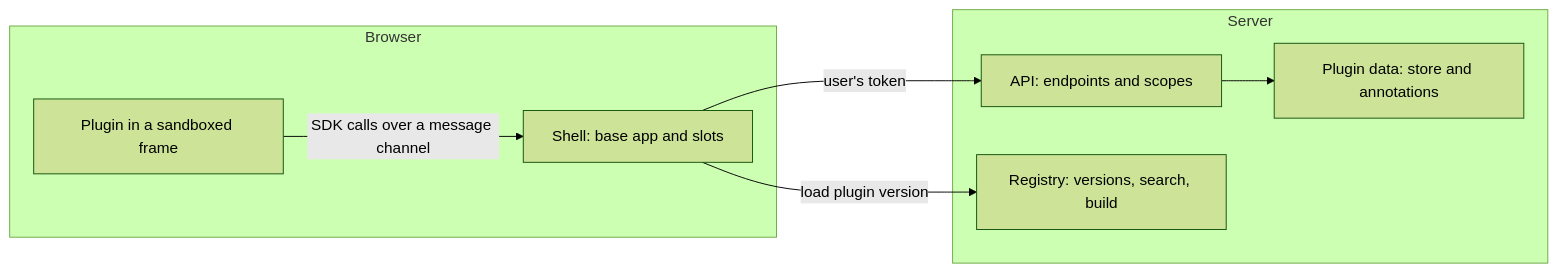
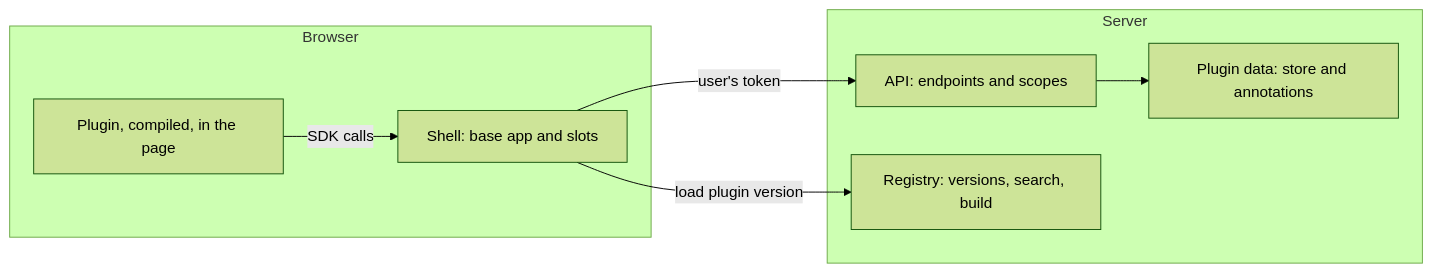
Before and after one commit to mcwhittemore/thixo: the diagram in readme.md, drawn with Mermaid (forest theme). The commit also changed other lines of this file and 20 other files, not shown here.

````diff
--- a/readme.md
+++ b/readme.md
@@ -45,16 +45,16 @@
 ```mermaid
 flowchart LR
   subgraph Browser
     Shell[Shell: base app and slots]
-    Plugin[Plugin in a sandboxed frame]
+    Plugin[Plugin, compiled, in the page]
   end
   subgraph Server
     API[API: endpoints and scopes]
     Registry[Registry: versions, search, build]
     Data[Plugin data: store and annotations]
   end
-  Plugin -- SDK calls over a message channel --> Shell
+  Plugin -- SDK calls --> Shell
   Shell -- user's token --> API
   API --> Data
   Shell -- load plugin version --> Registry
 ```
````
